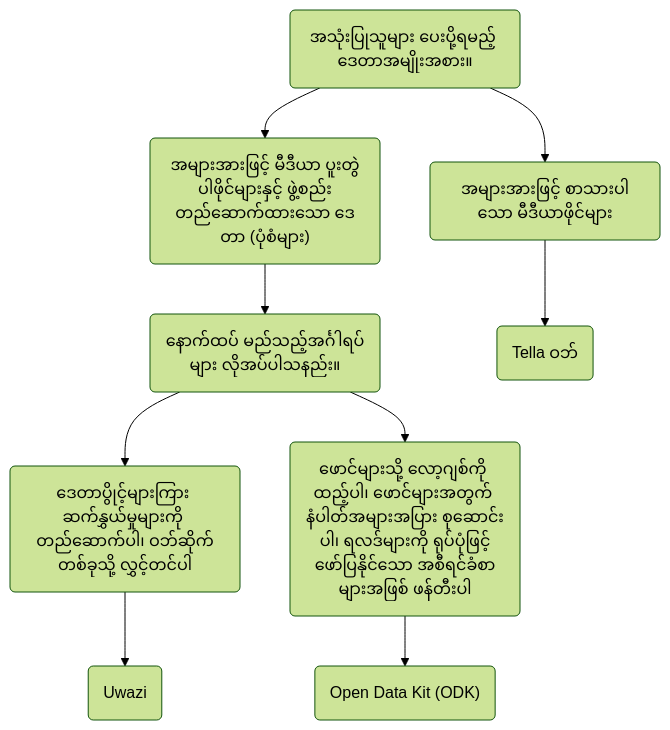
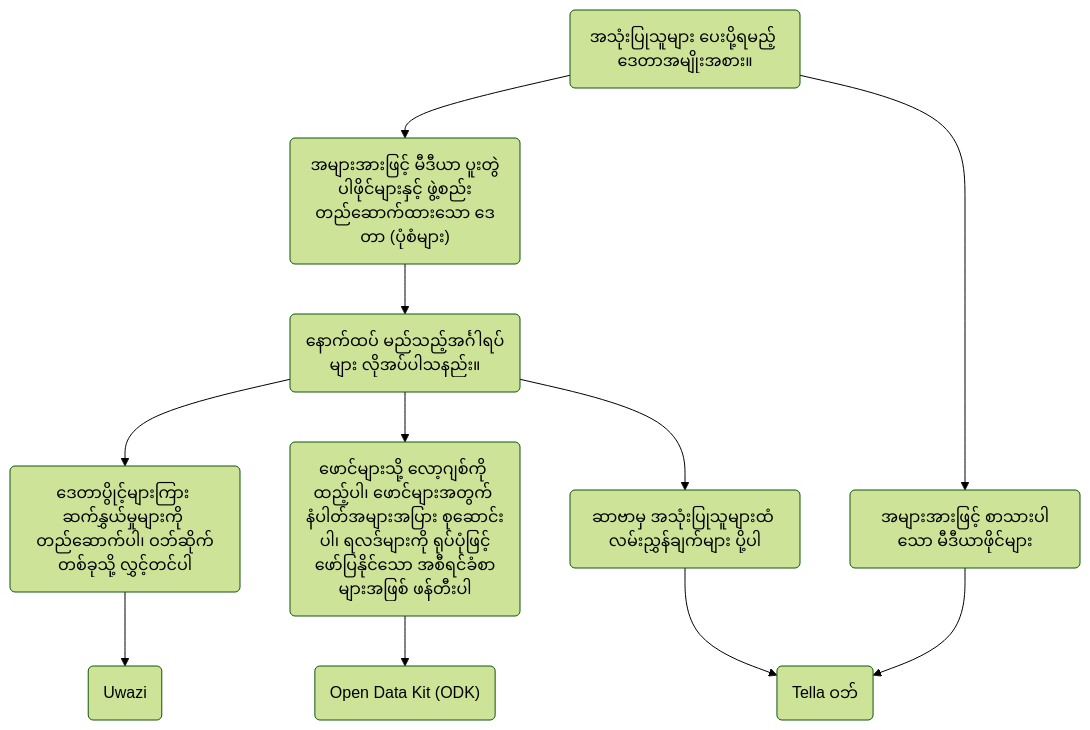
One commit to Horizontal-org/Tella-website changed the diagram in i18n/my/docusaurus-plugin-content-docs/current/For organizations/overview.md. Above: the diagram before and after it, drawn with Mermaid (forest theme). The commit also changed other lines of this file and 21 other files, not shown here.

````diff
--- a/i18n/my/docusaurus-plugin-content-docs/current/For organizations/overview.md
+++ b/i18n/my/docusaurus-plugin-content-docs/current/For organizations/overview.md
@@ -27,11 +28,13 @@
 ```mermaid
 graph TD;
     id1(အသုံးပြုသူများ ပေးပို့ရမည့် ဒေတာအမျိုးအစား။) --> id2("အများအားဖြင့် မီဒီယာ ပူးတွဲပါဖိုင်များနှင့် ဖွဲ့စည်းတည်ဆောက်ထားသော ဒေတာ (ပုံစံများ)");
     id1 --> id3("အများအားဖြင့် စာသားပါသော မီဒီယာဖိုင်များ") ;
     id2 --> id4("နောက်ထပ် မည်သည့်အင်္ဂါရပ်များ လိုအပ်ပါသနည်း။");
     id3 --> id5("Tella ဝဘ်");
     id4 --> id6("ဒေတာပွိုင့်များကြား ဆက်နွှယ်မှုများကို တည်ဆောက်ပါ၊ ဝဘ်ဆိုက်တစ်ခုသို့ လွှင့်တင်ပါ")
     id4 --> id7("ဖောင်များသို့ လော့ဂျစ်ကို ထည့်ပါ၊ ဖောင်များအတွက် နံပါတ်အများအပြား စုဆောင်းပါ၊ ရလဒ်များကို ရုပ်ပုံဖြင့်ဖော်ပြနိုင်သော အစီရင်ခံစာများအဖြစ် ဖန်တီးပါ")
+    id4 --> id10("ဆာဗာမှ အသုံးပြုသူများထံ လမ်းညွှန်ချက်များ ပို့ပါ")
     id6 --> id8("Uwazi")
     id7 --> id9("Open Data Kit (ODK)")
+    id10 -->id5
 ```
````
